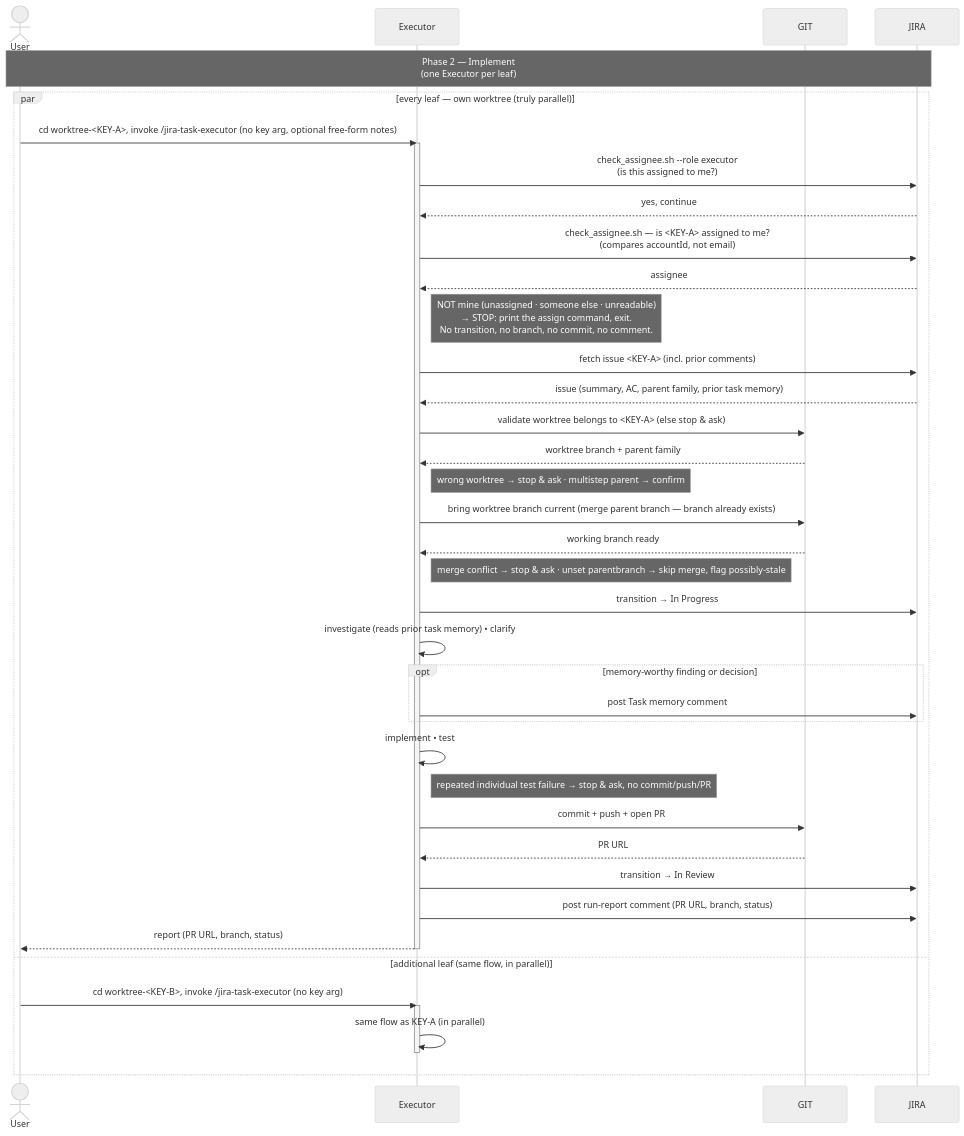
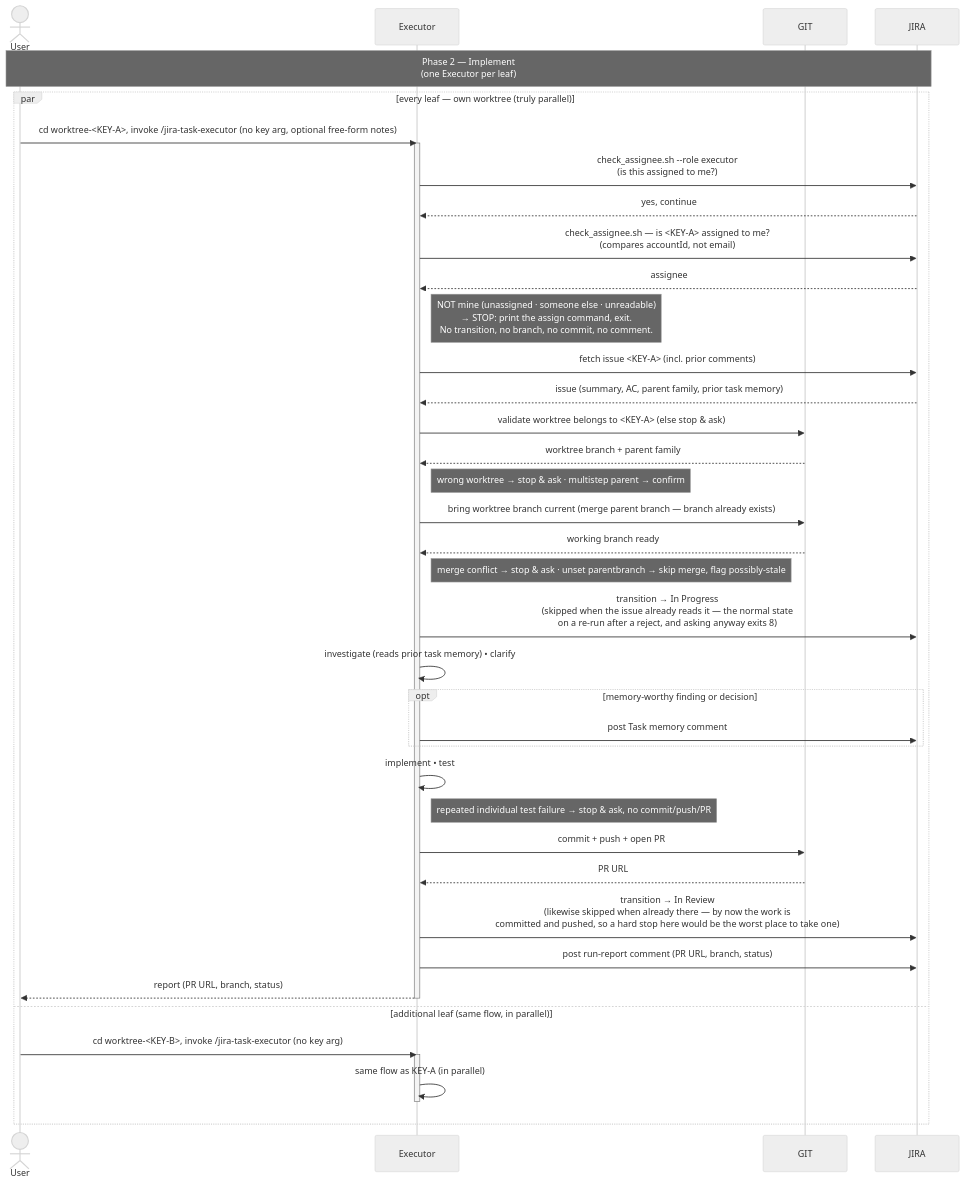
Before and after one commit to kantorv/jira-sdlc-tools: the diagram in docs/task-lifecycle/TASK-LIFECYCLE-PHASE-2.md, drawn with Mermaid (neutral theme). The commit also changed other lines of this file and 7 other files, not shown here.

````diff
--- a/docs/task-lifecycle/TASK-LIFECYCLE-PHASE-2.md
+++ b/docs/task-lifecycle/TASK-LIFECYCLE-PHASE-2.md
@@ -24,45 +24,45 @@
 ```mermaid
 sequenceDiagram
     actor User
     participant Executor
     participant GIT
     participant JIRA
 
     Note over User,JIRA: Phase 2 — Implement<br/>(one Executor per leaf)
 
     par every leaf — own worktree (truly parallel)
         User->>Executor: cd worktree-<KEY-A>, invoke /jira-task-executor (no key arg, optional free-form notes)
         activate Executor
         Executor->>JIRA: check_assignee.sh --role executor<br/>(is this assigned to me?)
         JIRA-->>Executor: yes, continue
         Executor->>JIRA: check_assignee.sh — is <KEY-A> assigned to me?<br/>(compares accountId, not email)
         JIRA-->>Executor: assignee
         Note right of Executor: NOT mine (unassigned · someone else · unreadable)<br/>→ STOP: print the assign command, exit.<br/>No transition, no branch, no commit, no comment.
         Executor->>JIRA: fetch issue <KEY-A> (incl. prior comments)
         JIRA-->>Executor: issue (summary, AC, parent family, prior task memory)
         Executor->>GIT: validate worktree belongs to <KEY-A> (else stop & ask)
         GIT-->>Executor: worktree branch + parent family
         Note right of Executor: wrong worktree → stop & ask · multistep parent → confirm
         Executor->>GIT: bring worktree branch current (merge parent branch — branch already exists)
         GIT-->>Executor: working branch ready
         Note right of Executor: merge conflict → stop & ask · unset parentbranch → skip merge, flag possibly-stale
-        Executor->>JIRA: transition → In Progress
+        Executor->>JIRA: transition → In Progress<br/>(skipped when the issue already reads it — the normal state<br/>on a re-run after a reject, and asking anyway exits 8)
         Executor->>Executor: investigate (reads prior task memory) • clarify
         opt memory-worthy finding or decision
             Executor->>JIRA: post Task memory comment
         end
         Executor->>Executor: implement • test
         Note right of Executor: repeated individual test failure → stop & ask, no commit/push/PR
         Executor->>GIT: commit + push + open PR
         GIT-->>Executor: PR URL
-        Executor->>JIRA: transition → In Review
+        Executor->>JIRA: transition → In Review<br/>(likewise skipped when already there — by now the work is<br/>committed and pushed, so a hard stop here would be the worst place to take one)
         Executor->>JIRA: post run-report comment (PR URL, branch, status)
         Executor-->>User: report (PR URL, branch, status)
         deactivate Executor
     and additional leaf (same flow, in parallel)
         User->>Executor: cd worktree-<KEY-B>, invoke /jira-task-executor (no key arg)
         activate Executor
         Executor->>Executor: same flow as KEY-A (in parallel)
         deactivate Executor
     end
 ```
````
